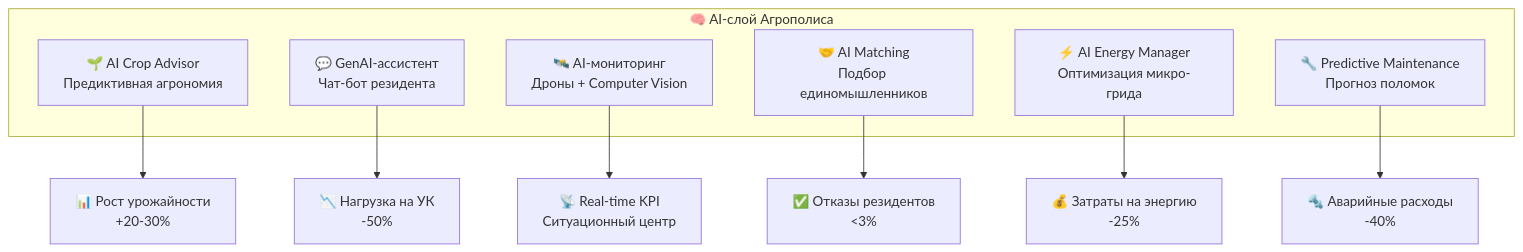
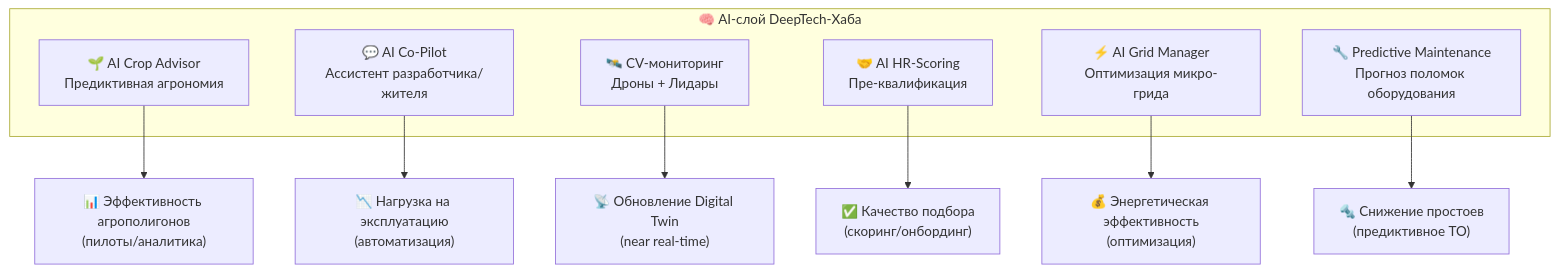
The third of 7 diagrams in ТЭО_Родовое_Поместье_Кейс/ТЭО_Родовое_Поместье_Раздел_3_Описание_концепции.md (NeuroLoft/NEURO-ESTATE), drawn with Mermaid before and after one commit. The commit also changed other lines of this file and 30 other files, not shown here.

````diff
--- a/ТЭО_Родовое_Поместье_Кейс/ТЭО_Родовое_Поместье_Раздел_3_Описание_концепции.md
+++ b/ТЭО_Родовое_Поместье_Кейс/ТЭО_Родовое_Поместье_Раздел_3_Описание_концепции.md
@@ -91,17 +167,17 @@
 ```mermaid
 flowchart TB
-    subgraph AI["🧠 AI-слой Агрополиса"]
+    subgraph AI["🧠 AI-слой DeepTech-Хаба"]
         A1["🌱 AI Crop Advisor\nПредиктивная агрономия"]
-        A2["💬 GenAI-ассистент\nЧат-бот резидента"]
-        A3["🛰️ AI-мониторинг\nДроны + Computer Vision"]
-        A4["🤝 AI Matching\nПодбор единомышленников"]
-        A5["⚡ AI Energy Manager\nОптимизация микро-грида"]
-        A6["🔧 Predictive Maintenance\nПрогноз поломок"]
+        A2["💬 AI Co-Pilot\nАссистент разработчика/жителя"]
+        A3["🛰️ CV-мониторинг\nДроны + Лидары"]
+        A4["🤝 AI HR-Scoring\nПре-квалификация"]
+        A5["⚡ AI Grid Manager\nОптимизация микро-грида"]
+        A6["🔧 Predictive Maintenance\nПрогноз поломок оборудования"]
     end
-    A1 --> KPI["📊 Рост урожайности\n+20-30%"]
-    A2 --> KPI2["📉 Нагрузка на УК\n-50%"]
-    A3 --> KPI3["📡 Real-time KPI\nСитуационный центр"]
-    A4 --> KPI4["✅ Отказы резидентов\n<3%"]
-    A5 --> KPI5["💰 Затраты на энергию\n-25%"]
-    A6 --> KPI6["🔩 Аварийные расходы\n-40%"]
+    A1 --> KPI["📊 Эффективность агрополигонов\n(пилоты/аналитика)"]
+    A2 --> KPI2["📉 Нагрузка на эксплуатацию\n(автоматизация)"]
+    A3 --> KPI3["📡 Обновление Digital Twin\n(near real-time)"]
+    A4 --> KPI4["✅ Качество подбора\n(скоринг/онбординг)"]
+    A5 --> KPI5["💰 Энергетическая эффективность\n(оптимизация)"]
+    A6 --> KPI6["🔩 Снижение простоев\n(предиктивное ТО)"]
 ```
````
